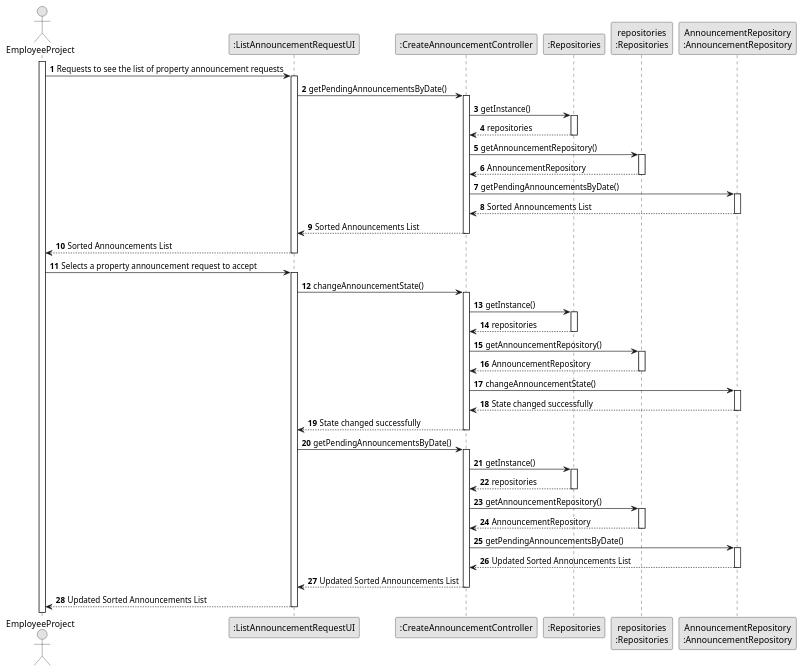
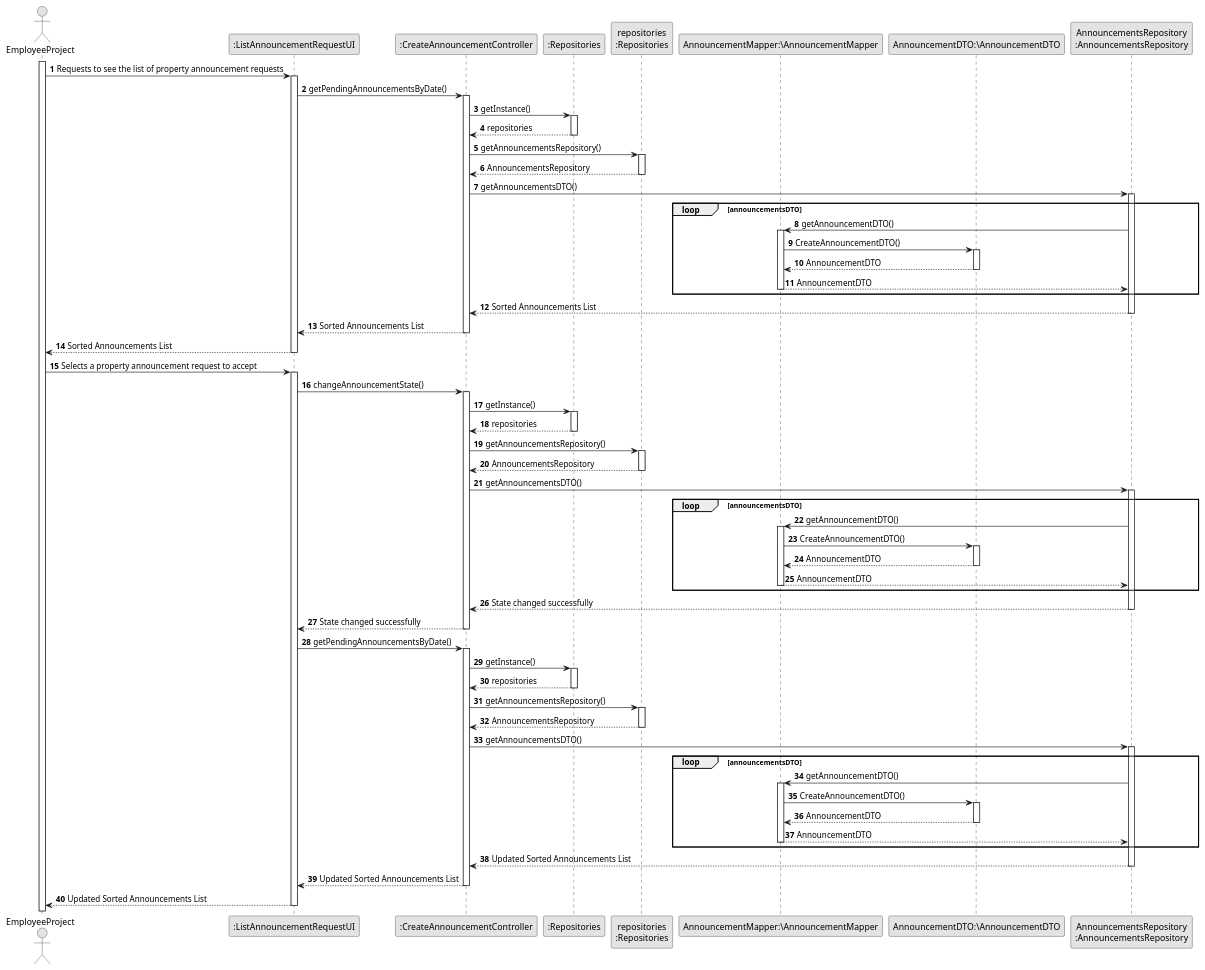
One commit to hugosilva2901/lei-22-s2-1DO-g68 changed the diagram in lei-22-s2-1do-g68/docs/SprintC/us008/03.design/puml/us008-sequence-diagram-full.puml. Above: the diagram before and after it, drawn with PlantUML. The commit also changed 2 other files, not shown here.

```diff
--- a/lei-22-s2-1do-g68/docs/SprintC/us008/03.design/puml/us008-sequence-diagram-full.puml
+++ b/lei-22-s2-1do-g68/docs/SprintC/us008/03.design/puml/us008-sequence-diagram-full.puml
@@ -1,102 +1,144 @@
 @startuml
 skinparam monochrome true
 skinparam packageStyle rectangle
 skinparam shadowing false
 
 autonumber
 
 'hide footbox
 actor "EmployeeProject" as User
 participant ":ListAnnouncementRequestUI" as UI
 participant ":CreateAnnouncementController" as CTRL
 participant ":Repositories" as RepositorySingleton
 participant "repositories\n:Repositories" as PLAT
-participant "AnnouncementRepository\n:AnnouncementRepository" as REPO
+participant "AnnouncementMapper:\AnnouncementMapper" as Mapper
+participant "AnnouncementDTO:\AnnouncementDTO" as DTO
+participant "AnnouncementsRepository\n:AnnouncementsRepository" as REPO
+
 
 activate User
 
 User -> UI : Requests to see the list of property announcement requests
 activate UI
 
 UI -> CTRL : getPendingAnnouncementsByDate()
 activate CTRL
 
-CTRL -> RepositorySingleton : getInstance()
-activate RepositorySingleton
+            CTRL -> RepositorySingleton : getInstance()
+            activate RepositorySingleton
 
-RepositorySingleton --> CTRL: repositories
-deactivate RepositorySingleton
+                RepositorySingleton --> CTRL: repositories
+            deactivate RepositorySingleton
 
-CTRL -> PLAT : getAnnouncementRepository()
-activate PLAT
+            CTRL -> PLAT : getAnnouncementsRepository()
+            activate PLAT
 
-PLAT --> CTRL: AnnouncementRepository
-deactivate PLAT
 
-CTRL -> REPO : getPendingAnnouncementsByDate()
-activate REPO
 
-REPO --> CTRL : Sorted Announcements List
-deactivate REPO
+                PLAT --> CTRL: AnnouncementsRepository
+            deactivate PLAT
+
+            CTRL -> REPO : getAnnouncementsDTO()
+            loop announcementsDTO
+            activate REPO
+              REPO->Mapper:getAnnouncementDTO()
+            activate Mapper
+
+            Mapper->DTO:CreateAnnouncementDTO()
+
+            activate DTO
+            DTO-->Mapper:AnnouncementDTO
+            deactivate DTO
+            Mapper-->REPO:AnnouncementDTO
+            deactivate Mapper
+            end
+                REPO --> CTRL : Sorted Announcements List
+            deactivate REPO
 
 CTRL --> UI : Sorted Announcements List
 deactivate CTRL
 
 UI --> User : Sorted Announcements List
 deactivate UI
 
 User -> UI : Selects a property announcement request to accept
 activate UI
 
 UI -> CTRL : changeAnnouncementState()
 activate CTRL
 
-CTRL -> RepositorySingleton : getInstance()
-activate RepositorySingleton
+            CTRL -> RepositorySingleton : getInstance()
+            activate RepositorySingleton
 
-RepositorySingleton --> CTRL: repositories
-deactivate RepositorySingleton
+                RepositorySingleton --> CTRL: repositories
+            deactivate RepositorySingleton
 
-CTRL -> PLAT : getAnnouncementRepository()
-activate PLAT
+            CTRL -> PLAT : getAnnouncementsRepository()
+            activate PLAT
 
-PLAT --> CTRL: AnnouncementRepository
-deactivate PLAT
 
-CTRL -> REPO : changeAnnouncementState()
-activate REPO
 
-REPO --> CTRL : State changed successfully
-deactivate REPO
+                PLAT --> CTRL: AnnouncementsRepository
+            deactivate PLAT
+
+            CTRL -> REPO : getAnnouncementsDTO()
+            loop announcementsDTO
+            activate REPO
+              REPO->Mapper:getAnnouncementDTO()
+            activate Mapper
+
+            Mapper->DTO:CreateAnnouncementDTO()
+
+            activate DTO
+            DTO-->Mapper:AnnouncementDTO
+            deactivate DTO
+            Mapper-->REPO:AnnouncementDTO
+            deactivate Mapper
+            end
+                REPO --> CTRL : State changed successfully
+            deactivate REPO
 
 CTRL --> UI : State changed successfully
 deactivate CTRL
 
 UI -> CTRL : getPendingAnnouncementsByDate()
 activate CTRL
 
-CTRL -> RepositorySingleton : getInstance()
-activate RepositorySingleton
+            CTRL -> RepositorySingleton : getInstance()
+            activate RepositorySingleton
 
-RepositorySingleton --> CTRL: repositories
-deactivate RepositorySingleton
+                RepositorySingleton --> CTRL: repositories
+            deactivate RepositorySingleton
 
-CTRL -> PLAT : getAnnouncementRepository()
-activate PLAT
+            CTRL -> PLAT : getAnnouncementsRepository()
+            activate PLAT
 
-PLAT --> CTRL: AnnouncementRepository
-deactivate PLAT
 
-CTRL -> REPO : getPendingAnnouncementsByDate()
-activate REPO
 
-REPO --> CTRL : Updated Sorted Announcements List
-deactivate REPO
+                PLAT --> CTRL: AnnouncementsRepository
+            deactivate PLAT
+
+            CTRL -> REPO : getAnnouncementsDTO()
+            loop announcementsDTO
+            activate REPO
+              REPO->Mapper:getAnnouncementDTO()
+            activate Mapper
+
+            Mapper->DTO:CreateAnnouncementDTO()
+
+            activate DTO
+            DTO-->Mapper:AnnouncementDTO
+            deactivate DTO
+            Mapper-->REPO:AnnouncementDTO
+            deactivate Mapper
+            end
+                REPO --> CTRL : Updated Sorted Announcements List
+            deactivate REPO
 
 CTRL --> UI : Updated Sorted Announcements List
 deactivate CTRL
 
 UI --> User : Updated Sorted Announcements List
 deactivate UI
 
 @enduml
```
